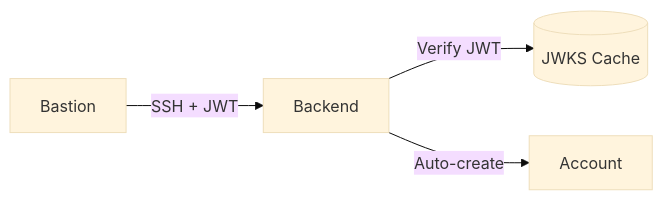
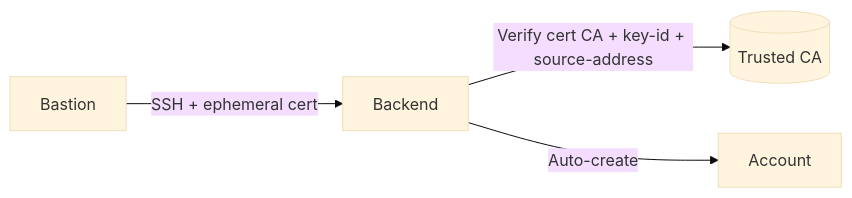
The third of 4 diagrams in doc/admin-guide.md (linagora/open-bastion), drawn with Mermaid (base theme) before and after one commit. The commit also changed other lines of this file and 6 other files, not shown here.

First line of the commit message:
docs(cert-vouching): replace bastion JWT with certificate vouching across docs

````diff
--- a/doc/admin-guide.md
+++ b/doc/admin-guide.md
@@ -337,6 +340,6 @@
 ```mermaid
 flowchart LR
-    Bastion -->|SSH + JWT| Backend
-    Backend -->|Verify JWT| JWKS[(JWKS Cache)]
+    Bastion -->|SSH + ephemeral cert| Backend
+    Backend -->|Verify cert CA + key-id + source-address| TrustedCA[(Trusted CA)]
     Backend -->|Auto-create| Account
 ```
````
